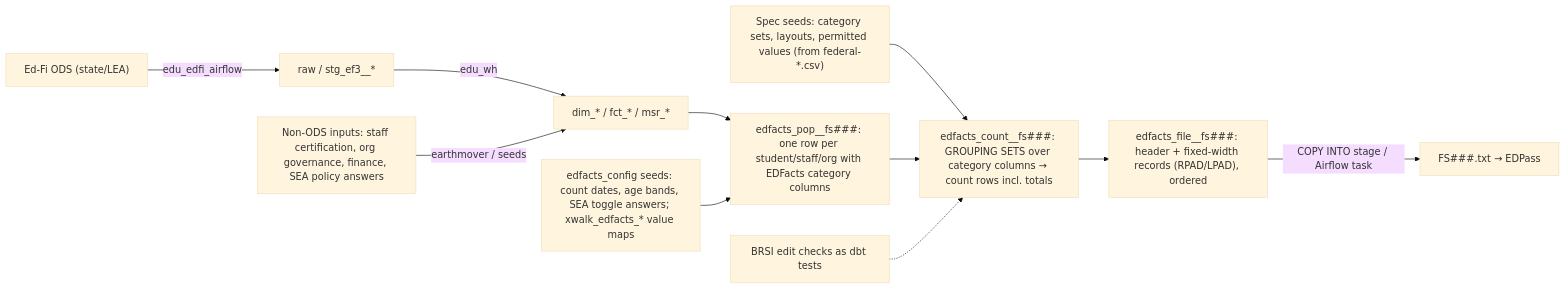
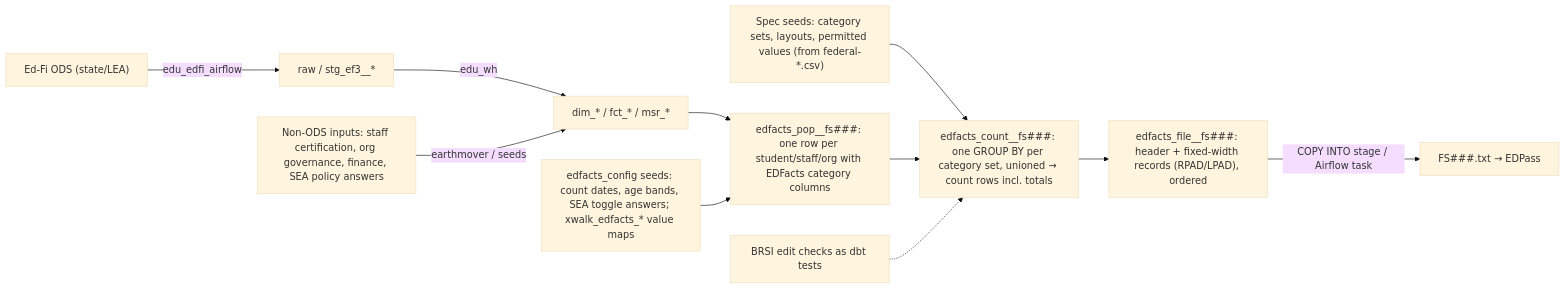
One commit to roshd87/EDUEDfactsExploration changed the diagram in EDFactsOutputPlan.md. Above: the diagram before and after it, drawn with Mermaid (base theme). The commit also changed other lines of this file and 24 other files, not shown here.

````diff
--- a/EDFactsOutputPlan.md
+++ b/EDFactsOutputPlan.md
@@ -46,13 +44,13 @@
 ```mermaid
 flowchart LR
   ODS["Ed-Fi ODS (state/LEA)"] -->|edu_edfi_airflow| RAW["raw / stg_ef3__*"]
   RAW -->|edu_wh| WH["dim_* / fct_* / msr_*"]
   SIDE["Non-ODS inputs: staff certification, org governance, finance, SEA policy answers"] -->|earthmover / seeds| WH
   WH --> POP["edfacts_pop__fs###: one row per student/staff/org with EDFacts category columns"]
   SPEC["Spec seeds: category sets, layouts, permitted values (from federal-*.csv)"] --> CNT
   CFG["edfacts_config seeds: count dates, age bands, SEA toggle answers; xwalk_edfacts_* value maps"] --> POP
-  POP --> CNT["edfacts_count__fs###: GROUPING SETS over category columns → count rows incl. totals"]
+  POP --> CNT["edfacts_count__fs###: one GROUP BY per category set, unioned → count rows incl. totals"]
   CNT --> REC["edfacts_file__fs###: header + fixed-width records (RPAD/LPAD), ordered"]
   REC -->|COPY INTO stage / Airflow task| FILE["FS###.txt → EDPass"]
   BRSI["BRSI edit checks as dbt tests"] -.-> CNT
 ```
````
